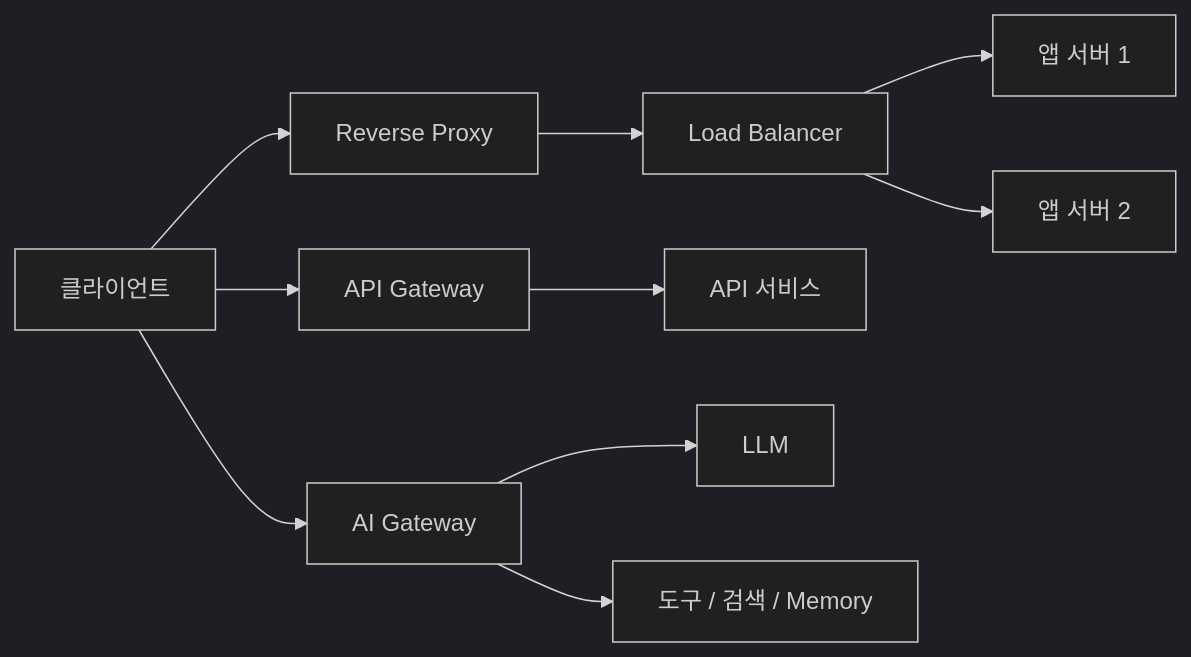
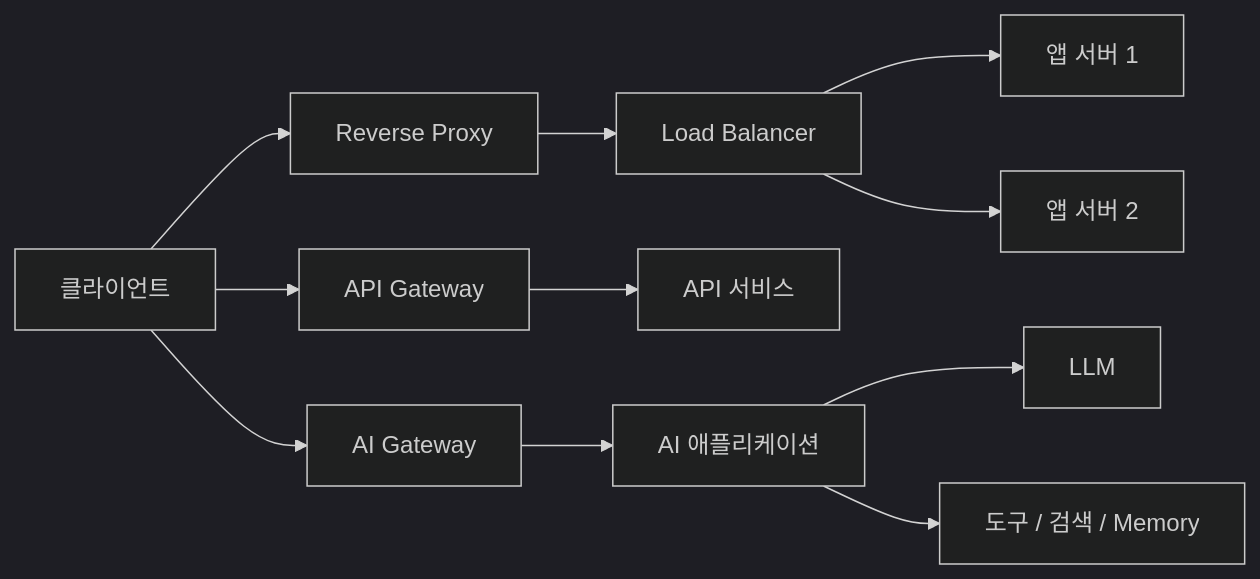
The third of 9 diagrams in ai_gateway_rag_memory_learning_book.md (dev-len/private-docs), drawn with Mermaid (dark theme) before and after one commit. The commit also changed other lines of this file, not shown here.

````diff
--- a/ai_gateway_rag_memory_learning_book.md
+++ b/ai_gateway_rag_memory_learning_book.md
@@ -239,12 +269,13 @@
 ```mermaid
 flowchart LR
     Client["클라이언트"] --> RP["Reverse Proxy"]
     RP --> LB["Load Balancer"]
     LB --> App1["앱 서버 1"]
     LB --> App2["앱 서버 2"]
     Client --> APIGW["API Gateway"]
     APIGW --> AppSvc["API 서비스"]
     Client --> AIGW["AI Gateway"]
-    AIGW --> LLM["LLM"]
-    AIGW --> Tool["도구 / 검색 / Memory"]
+    AIGW --> AppAI["AI 애플리케이션"]
+    AppAI --> LLM["LLM"]
+    AppAI --> Tool["도구 / 검색 / Memory"]
 ```
````
